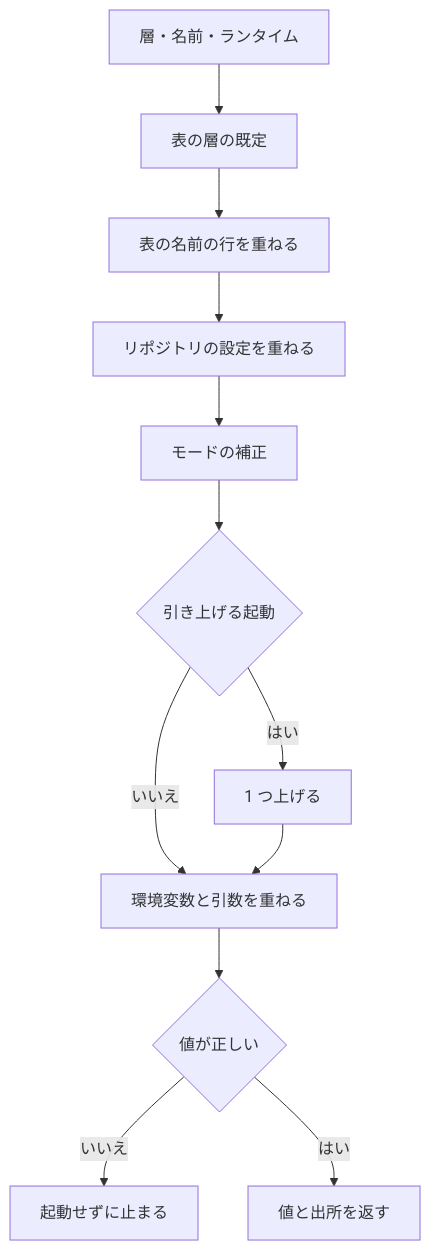
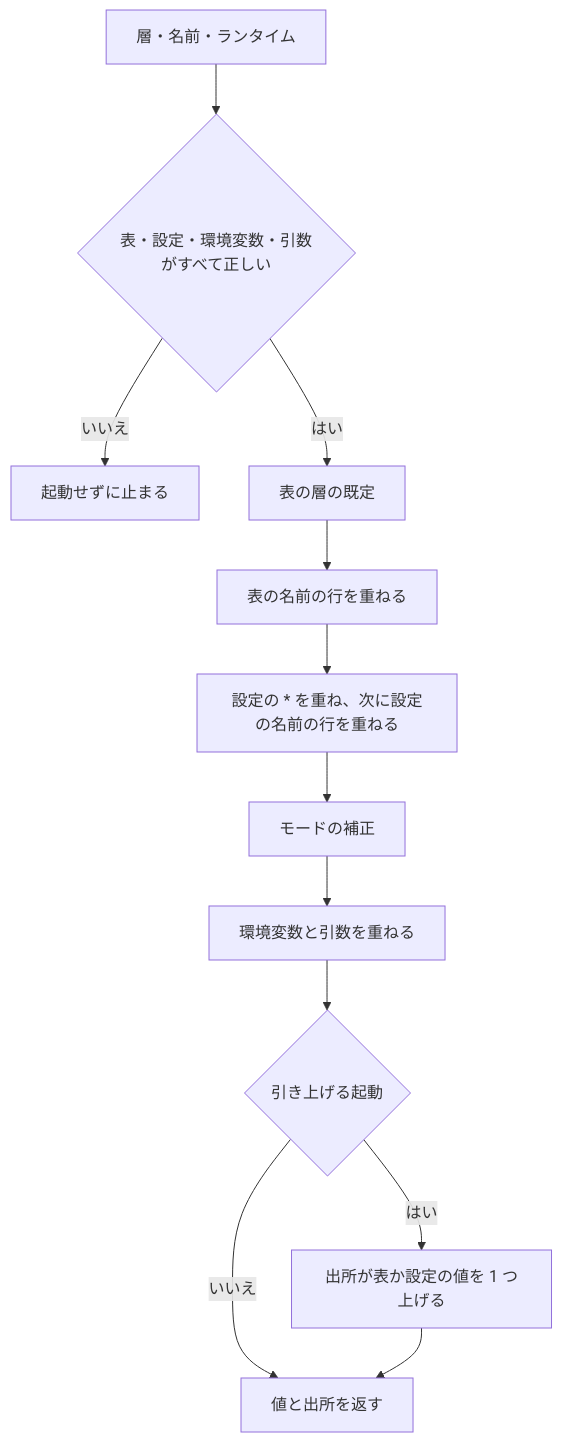
One commit to devbasex/ai-plugins changed the fourth of 4 diagrams in issues/issue-2944-design.md. Above: the diagram before and after it, drawn with Mermaid. The commit also changed other lines of this file and 3 other files, not shown here.

````diff
--- a/issues/issue-2944-design.md
+++ b/issues/issue-2944-design.md
@@ -251,14 +317,14 @@
 ```mermaid
 graph TD
-    A[層・名前・ランタイム] --> B[表の層の既定]
+    A[層・名前・ランタイム] --> I{表・設定・環境変数・引数がすべて正しい}
+    I -- いいえ --> J[起動せずに止まる]
+    I -- はい --> B[表の層の既定]
     B --> C[表の名前の行を重ねる]
-    C --> D[リポジトリの設定を重ねる]
+    C --> D[設定の * を重ね、次に設定の名前の行を重ねる]
     D --> E[モードの補正]
-    E --> F{引き上げる起動}
-    F -- はい --> G[1 つ上げる]
-    F -- いいえ --> H[環境変数と引数を重ねる]
-    G --> H
-    H --> I{値が正しい}
-    I -- いいえ --> J[起動せずに止まる]
-    I -- はい --> K[値と出所を返す]
+    E --> H[環境変数と引数を重ねる]
+    H --> F{引き上げる起動}
+    F -- はい --> G[出所が表か設定の値を 1 つ上げる]
+    F -- いいえ --> K[値と出所を返す]
+    G --> K
 ```
````
